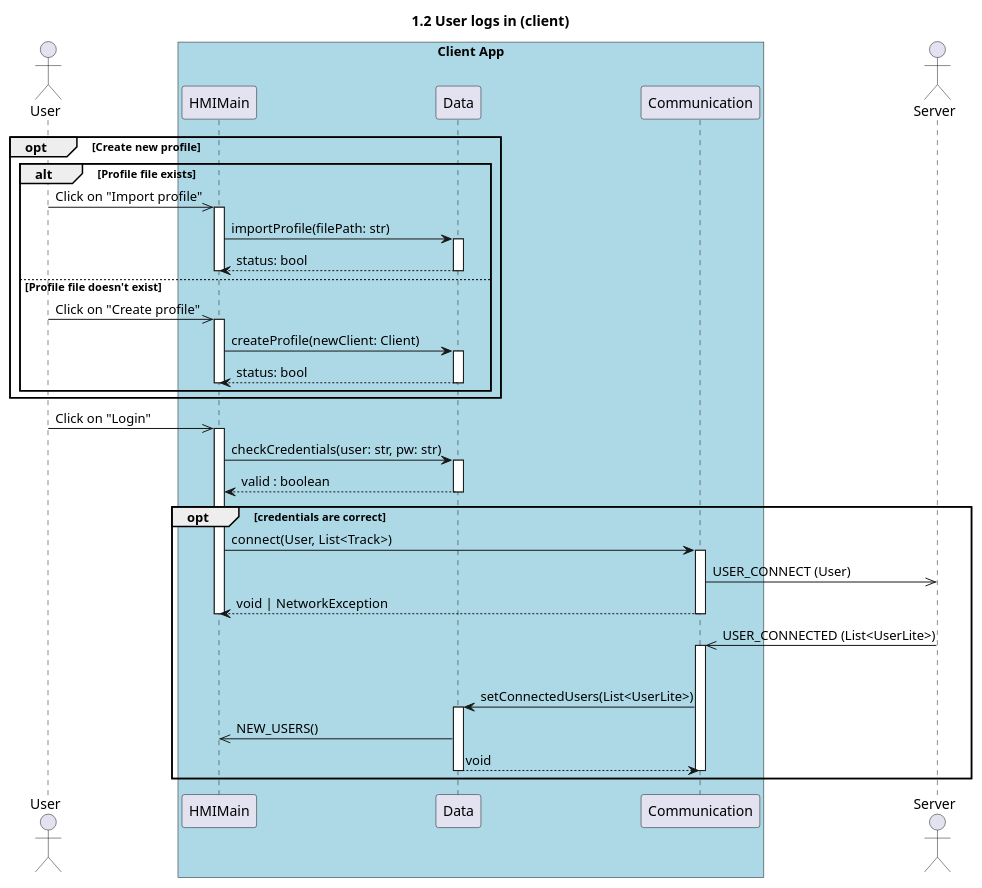
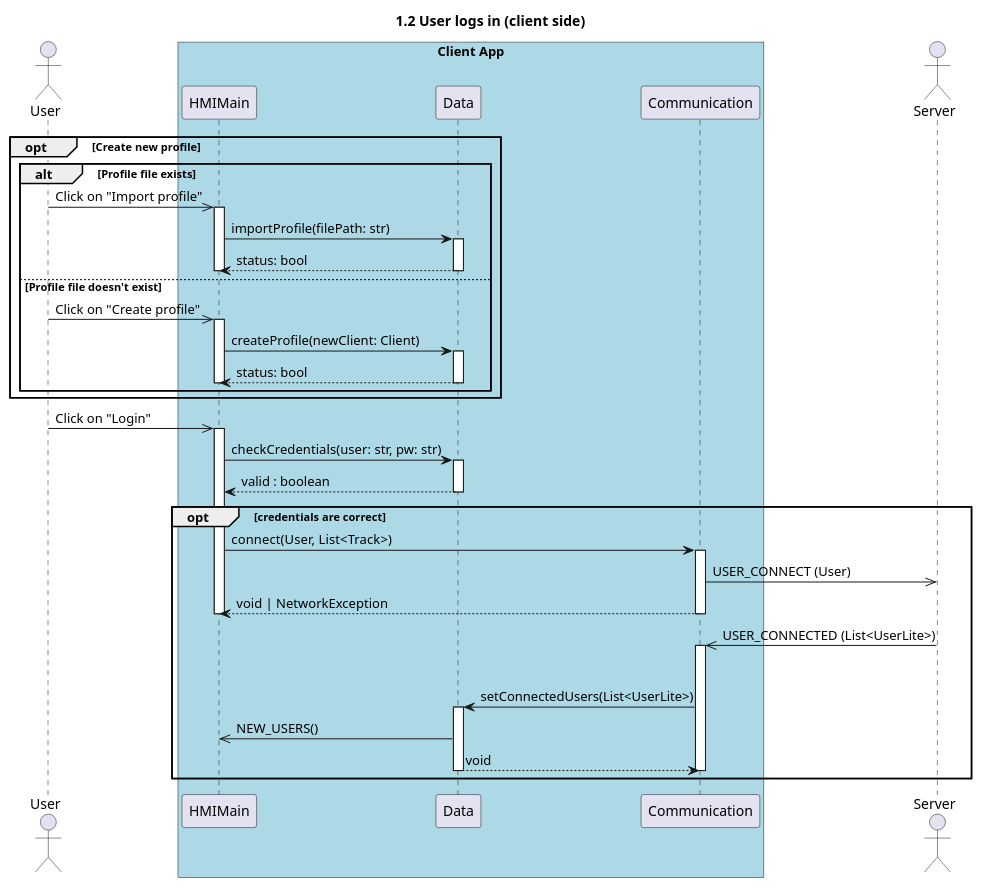
Before and after one commit to UTCAI12/Diagrams: the diagram in sequence/1.2.user_logs_in_client.puml, drawn with PlantUML. The commit also changed 1 other file, not shown here.

Commit message:
correct title (adding "side")

```diff
--- a/sequence/1.2.user_logs_in_client.puml
+++ b/sequence/1.2.user_logs_in_client.puml
@@ -1,47 +1,47 @@
-@startuml 1.2 User logs in (client)
-title 1.2 User logs in (client)
+@startuml 1.2 User logs in (client side)
+title 1.2 User logs in (client side)
 
 actor "User" as user
 box "Client App" #LightBlue
     participant "HMIMain" as hmi
     participant "Data" as data
     participant "Communication" as com
 end box
 actor "Server" as server
 
 opt Create new profile 
     alt Profile file exists
         user ->> hmi++: Click on "Import profile"
         hmi -> data++: importProfile(filePath: str)
         return status: bool
         deactivate hmi 
     else Profile file doesn't exist
         user ->> hmi++: Click on "Create profile"
         hmi -> data++: createProfile(newClient: Client)
         return status: bool
         deactivate hmi
     end
 end
 
 
 
 user ->> hmi++: Click on "Login"
 hmi -> data++: checkCredentials(user: str, pw: str)
 return valid : boolean
 
 opt credentials are correct
     hmi -> com++ : connect(User, List<Track>)
     com->>server: USER_CONNECT (User)
     return void | NetworkException
 
     deactivate hmi
 
     server ->> com++: USER_CONNECTED (List<UserLite>)
     deactivate server
     com->data++: setConnectedUsers(List<UserLite>)
     data->>hmi : NEW_USERS()
     return void
     deactivate com
 end
 
 @enduml
```
